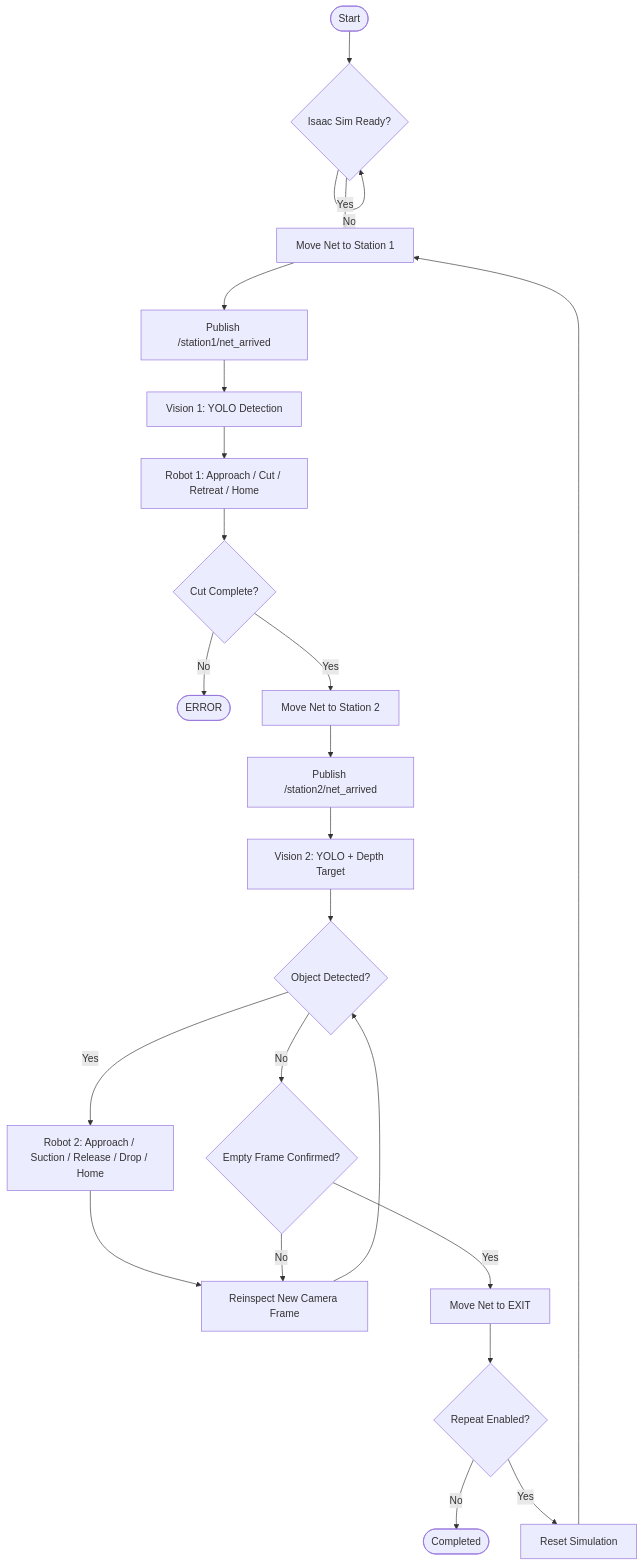
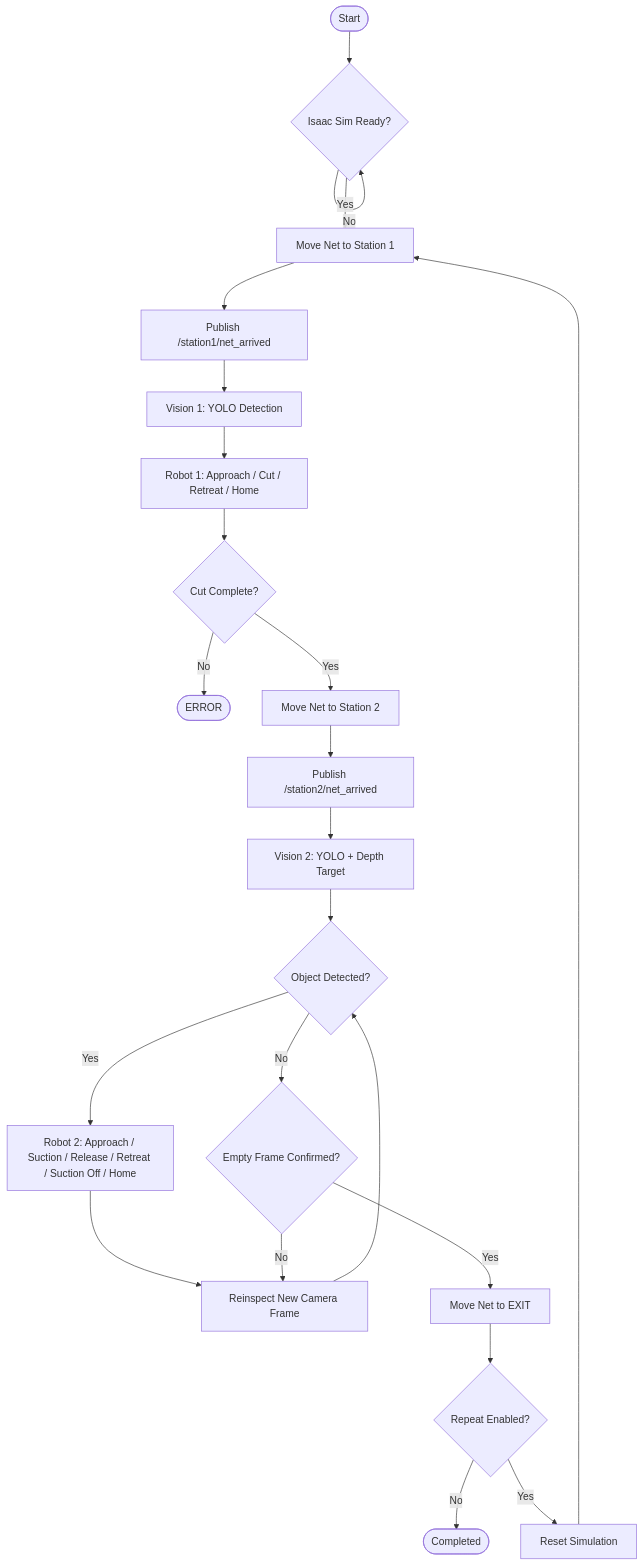
One commit to abyssGo/isaac_ros2_waste_net_cutting2 changed the diagram in README.md. Above: the diagram before and after it, drawn with Mermaid. The commit also changed other lines of this file and 226 other files, not shown here.

````diff
--- a/README.md
+++ b/README.md
@@ -114,25 +189,25 @@
 ```mermaid
 flowchart TD
     START([Start]) --> READY{Isaac Sim Ready?}
     READY -- No --> READY
     READY -- Yes --> MOVE1[Move Net to Station 1]
     MOVE1 --> ARRIVE1[Publish /station1/net_arrived]
     ARRIVE1 --> DETECT1[Vision 1: YOLO Detection]
     DETECT1 --> CUT[Robot 1: Approach / Cut / Retreat / Home]
     CUT --> CUTOK{Cut Complete?}
     CUTOK -- No --> ERROR([ERROR])
     CUTOK -- Yes --> MOVE2[Move Net to Station 2]
     MOVE2 --> ARRIVE2[Publish /station2/net_arrived]
     ARRIVE2 --> DETECT2[Vision 2: YOLO + Depth Target]
     DETECT2 --> OBJECT{Object Detected?}
-    OBJECT -- Yes --> REMOVE[Robot 2: Approach / Suction / Release / Drop / Home]
+    OBJECT -- Yes --> REMOVE[Robot 2: Approach / Suction / Release / Retreat / Suction Off / Home]
     REMOVE --> RECHECK[Reinspect New Camera Frame]
     RECHECK --> OBJECT
     OBJECT -- No --> EMPTY{Empty Frame Confirmed?}
     EMPTY -- No --> RECHECK
     EMPTY -- Yes --> EXIT[Move Net to EXIT]
     EXIT --> REPEAT{Repeat Enabled?}
     REPEAT -- No --> DONE([Completed])
     REPEAT -- Yes --> RESET[Reset Simulation]
     RESET --> MOVE1
 ```
````
